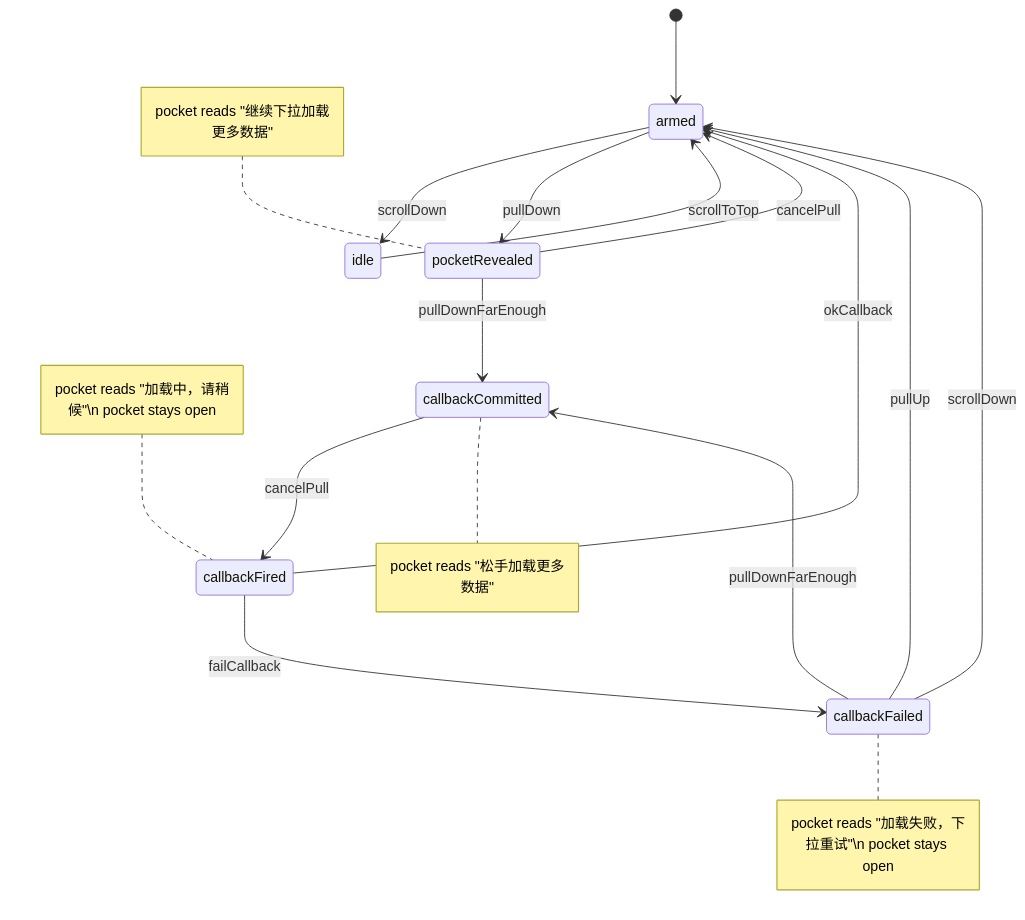
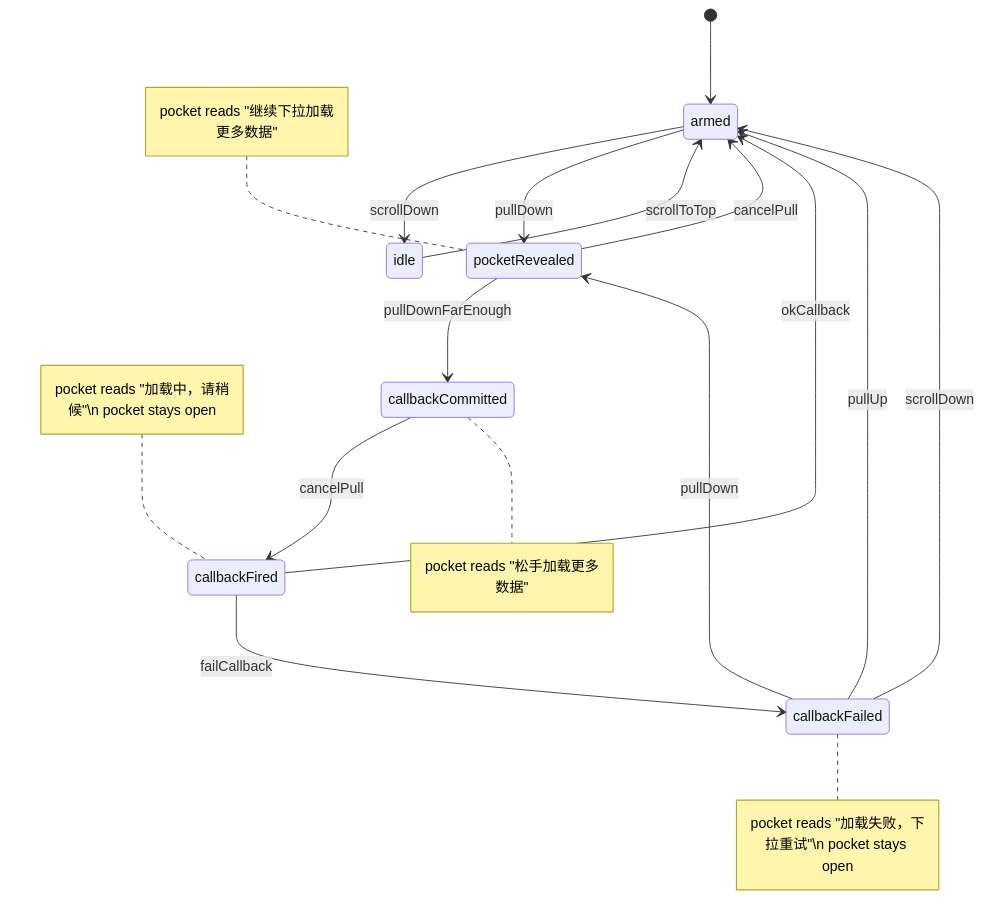
One commit to li6in9muyou/frontend-scratches changed the diagram in README.md. Above: the diagram before and after it, drawn with Mermaid. The commit also changed 2 other files, not shown here.

Commit message:
ok: retry after callback fails

````diff
--- a/README.md
+++ b/README.md
@@ -7,19 +7,19 @@
 ```mermaid
 stateDiagram-v2
     [*] --> armed
     armed --> idle: scrollDown
     idle --> armed: scrollToTop
     armed --> pocketRevealed: pullDown
     pocketRevealed --> armed: cancelPull
     pocketRevealed --> callbackCommitted: pullDownFarEnough
     callbackCommitted --> callbackFired: cancelPull
     callbackFired --> armed: okCallback
     callbackFailed --> armed: pullUp
     callbackFailed --> armed: scrollDown
     callbackFired --> callbackFailed: failCallback
-    callbackFailed --> callbackCommitted: pullDownFarEnough
+    callbackFailed --> pocketRevealed: pullDown
     note left of pocketRevealed: pocket reads "继续下拉加载更多数据"
     note right of callbackCommitted: pocket reads "松手加载更多数据"
     note right of callbackFailed: pocket reads "加载失败，下拉重试"\n pocket stays open
     note left of callbackFired: pocket reads "加载中，请稍候"\n pocket stays open
 ```
````
